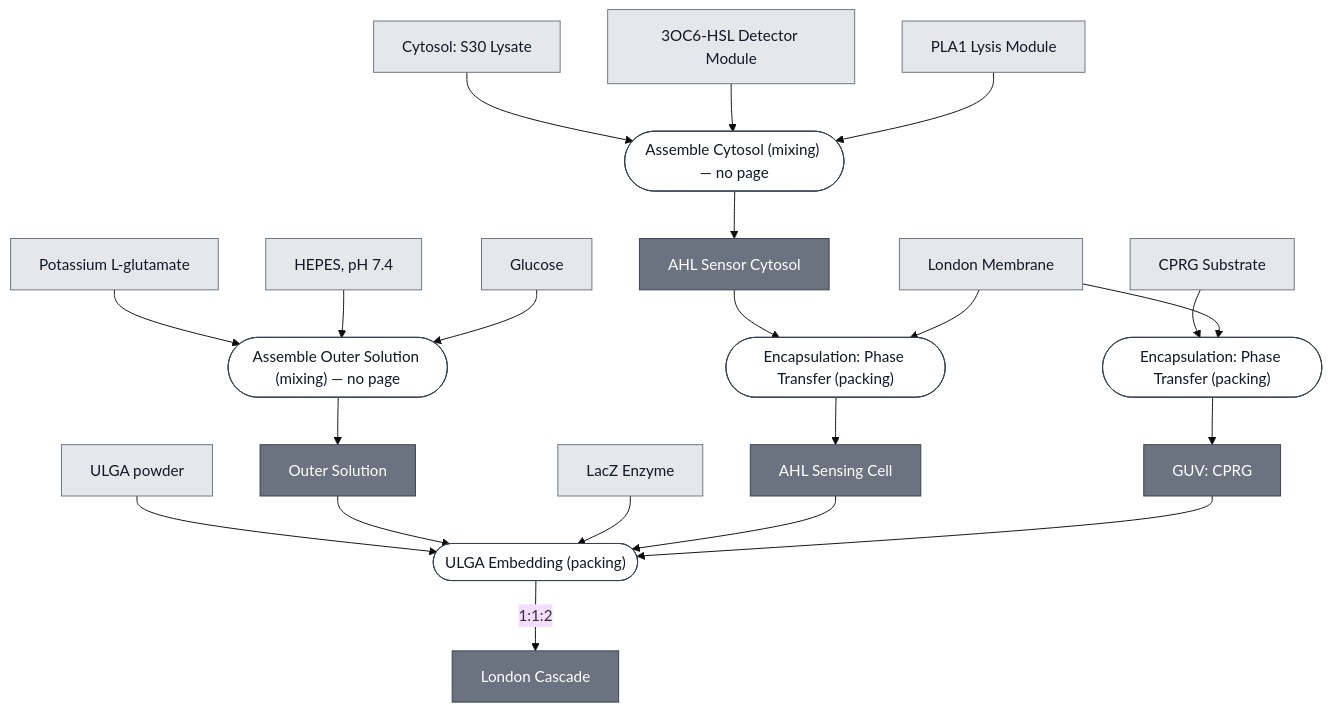
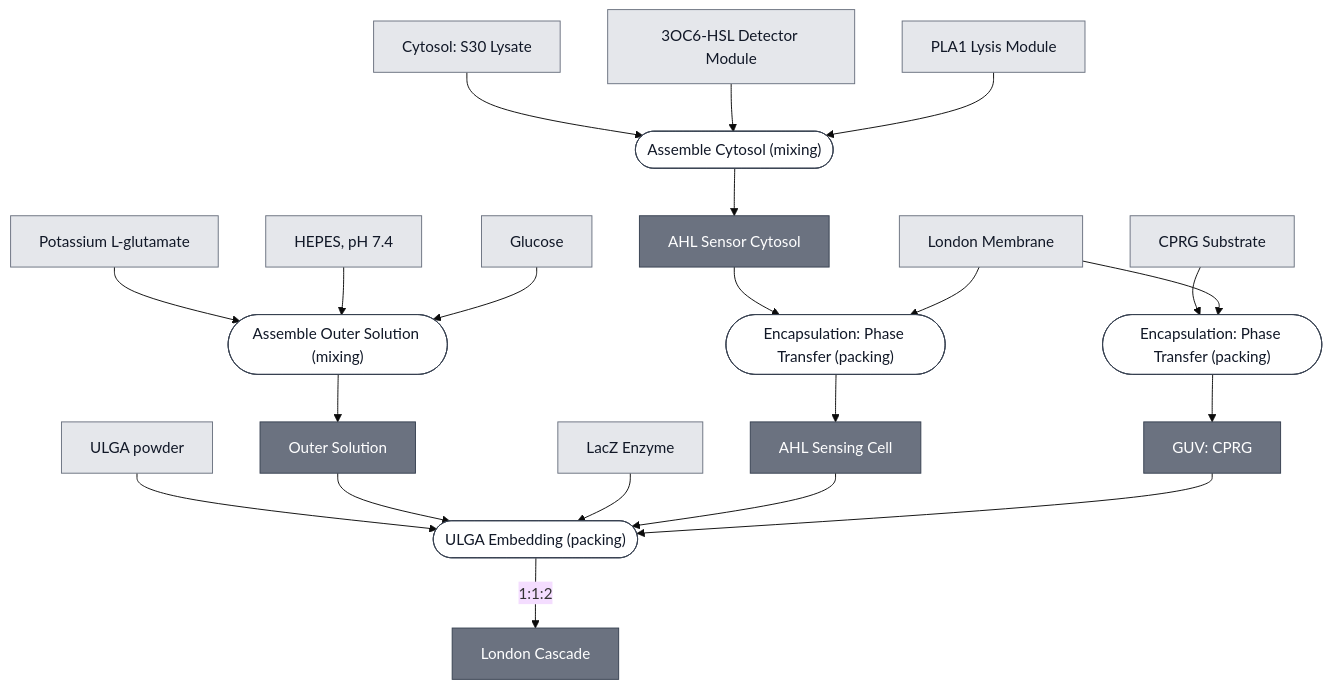
One commit to nucleus-eng/nucleus-docs changed the diagram in docs/modules/london-cascade/spec.md. Above: the diagram before and after it, drawn with Mermaid (base theme). The commit also changed 26 other files, not shown here.

````diff
--- a/docs/modules/london-cascade/spec.md
+++ b/docs/modules/london-cascade/spec.md
@@ -25,72 +25,74 @@
 ```mermaid
 flowchart TD
     S30_LYSATE["Cytosol: S30 Lysate"]
     DETECTOR_3OC6_HSL["3OC6-HSL Detector Module"]
     EFFECTOR_PLA1["PLA1 Lysis Module"]
     MEMBRANE_POPC["London Membrane"]
     SUBSTRATE_CPRG["CPRG Substrate"]
     REPORTER_LACZ_ENZYME["LacZ Enzyme"]
     ULGA_POWDER["ULGA powder"]
     POTASSIUM_GLUTAMATE["Potassium L-glutamate"]
     HEPES["HEPES, pH 7.4"]
     GLUCOSE["Glucose"]
 
-    P1_ASSEMBLE_CYTOSOL_0(["Assemble Cytosol (mixing) — no page"])
+    P1_ASSEMBLE_CYTOSOL_0(["Assemble Cytosol (mixing)"])
     AHL_SENSOR_CYTOSOL["AHL Sensor Cytosol"]
     P2_ENCAPSULATE_SENSING_0(["Encapsulation: Phase Transfer (packing)"])
     AHL_SENSING_CELL["AHL Sensing Cell"]
     P3_ENCAPSULATE_SUBSTRATE_0(["Encapsulation: Phase Transfer (packing)"])
     GUV_CPRG["GUV: CPRG"]
-    P4_ASSEMBLE_OUTER_SOLUTION_0(["Assemble Outer Solution (mixing) — no page"])
+    P4_ASSEMBLE_OUTER_SOLUTION_0(["Assemble Outer Solution (mixing)"])
     OUTER_SOLUTION["Outer Solution"]
     P5_EMBED_ULGA_0(["ULGA Embedding (packing)"])
     LONDON_CASCADE["London Cascade"]
 
     S30_LYSATE --> P1_ASSEMBLE_CYTOSOL_0
     DETECTOR_3OC6_HSL --> P1_ASSEMBLE_CYTOSOL_0
     EFFECTOR_PLA1 --> P1_ASSEMBLE_CYTOSOL_0
     P1_ASSEMBLE_CYTOSOL_0 --> AHL_SENSOR_CYTOSOL
 
     AHL_SENSOR_CYTOSOL --> P2_ENCAPSULATE_SENSING_0
     MEMBRANE_POPC --> P2_ENCAPSULATE_SENSING_0
     P2_ENCAPSULATE_SENSING_0 --> AHL_SENSING_CELL
 
     SUBSTRATE_CPRG --> P3_ENCAPSULATE_SUBSTRATE_0
     MEMBRANE_POPC --> P3_ENCAPSULATE_SUBSTRATE_0
     P3_ENCAPSULATE_SUBSTRATE_0 --> GUV_CPRG
 
     POTASSIUM_GLUTAMATE --> P4_ASSEMBLE_OUTER_SOLUTION_0
     HEPES --> P4_ASSEMBLE_OUTER_SOLUTION_0
     GLUCOSE --> P4_ASSEMBLE_OUTER_SOLUTION_0
     P4_ASSEMBLE_OUTER_SOLUTION_0 --> OUTER_SOLUTION
 
     ULGA_POWDER --> P5_EMBED_ULGA_0
     OUTER_SOLUTION --> P5_EMBED_ULGA_0
     REPORTER_LACZ_ENZYME --> P5_EMBED_ULGA_0
     AHL_SENSING_CELL --> P5_EMBED_ULGA_0
     GUV_CPRG --> P5_EMBED_ULGA_0
     P5_EMBED_ULGA_0 -->|"1:1:2"| LONDON_CASCADE
 
 
     classDef leaf     fill:#e5e7eb,stroke:#6b7280,color:#111827;
     classDef composed fill:#6b7280,stroke:#374151,color:#ffffff;
     classDef process  fill:#ffffff,stroke:#374151,color:#111827;
     class S30_LYSATE,DETECTOR_3OC6_HSL,EFFECTOR_PLA1,MEMBRANE_POPC,SUBSTRATE_CPRG,REPORTER_LACZ_ENZYME,ULGA_POWDER,POTASSIUM_GLUTAMATE,HEPES,GLUCOSE leaf;
     class AHL_SENSOR_CYTOSOL,AHL_SENSING_CELL,GUV_CPRG,OUTER_SOLUTION,LONDON_CASCADE composed;
     class P1_ASSEMBLE_CYTOSOL_0,P2_ENCAPSULATE_SENSING_0,P3_ENCAPSULATE_SUBSTRATE_0,P4_ASSEMBLE_OUTER_SOLUTION_0,P5_EMBED_ULGA_0 process;
 
     click S30_LYSATE "/docs/modules/s30-lysate/spec"
     click DETECTOR_3OC6_HSL "/docs/modules/detector-3oc6-hsl/spec"
     click EFFECTOR_PLA1 "/docs/modules/effector-pla1/spec"
     click MEMBRANE_POPC "/docs/modules/membrane-popc/spec"
     click SUBSTRATE_CPRG "/docs/modules/substrate-cprg/spec"
     click REPORTER_LACZ_ENZYME "/docs/modules/reporter-lacz-enzyme/spec"
     click ULGA_POWDER "/docs/modules/gel-ulga/spec"
+    click P1_ASSEMBLE_CYTOSOL_0 "/docs/processes/assemble-cytosol/assemble-cytosol-main"
     click AHL_SENSOR_CYTOSOL "/docs/modules/ahl-sensor-cytosol/spec"
     click P2_ENCAPSULATE_SENSING_0 "/docs/processes/assemble-base-cell/main"
     click AHL_SENSING_CELL "/docs/modules/ahl-sensing-cell/spec"
     click P3_ENCAPSULATE_SUBSTRATE_0 "/docs/processes/assemble-base-cell/main"
     click GUV_CPRG "/docs/modules/guv-cprg/spec"
+    click P4_ASSEMBLE_OUTER_SOLUTION_0 "/docs/processes/assemble-outer-solution/main"
     click P5_EMBED_ULGA_0 "/docs/processes/embed-ulga-hydrogel/main"
     click LONDON_CASCADE "/docs/modules/london-cascade/spec"
 ```
````
